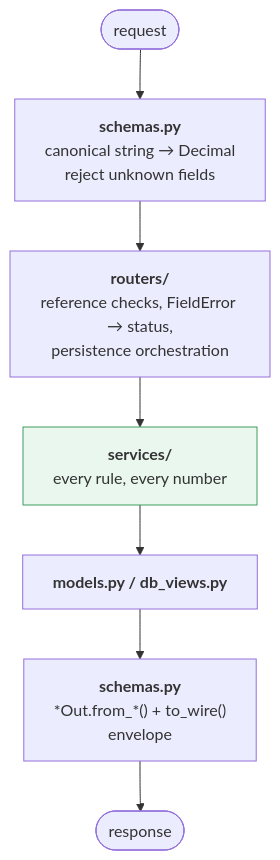
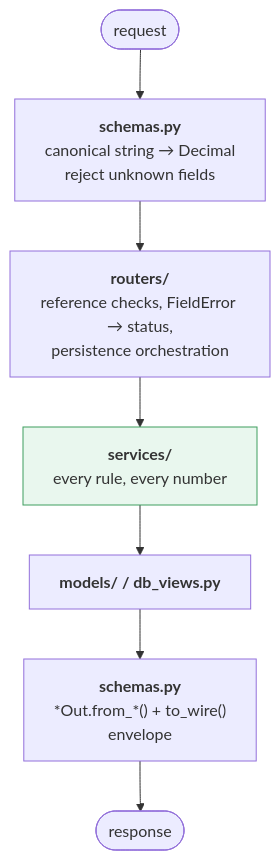
Before and after one commit to pehala/tripaccounter: the diagram in design/BACKEND.md, drawn with Mermaid. The commit also changed other lines of this file and 30 other files, not shown here.

````diff
--- a/design/BACKEND.md
+++ b/design/BACKEND.md
@@ -59,15 +64,15 @@
 ```mermaid
 flowchart TD
     req(["request"]) --> sch
     sch["<b>schemas.py</b><br/>canonical string → Decimal<br/>reject unknown fields"]
     rt["<b>routers/</b><br/>reference checks, FieldError → status,<br/>persistence orchestration"]
     sv["<b>services/</b><br/>every rule, every number"]
-    md["<b>models.py / db_views.py</b>"]
+    md["<b>models/ / db_views.py</b>"]
     out["<b>schemas.py</b><br/>*Out.from_*() + to_wire()<br/>envelope"]
     res(["response"])
 
     sch --> rt --> sv --> md
     md --> out --> res
 
     style sv fill:#e9f7ee,stroke:#3f9e5f
 ```
````
